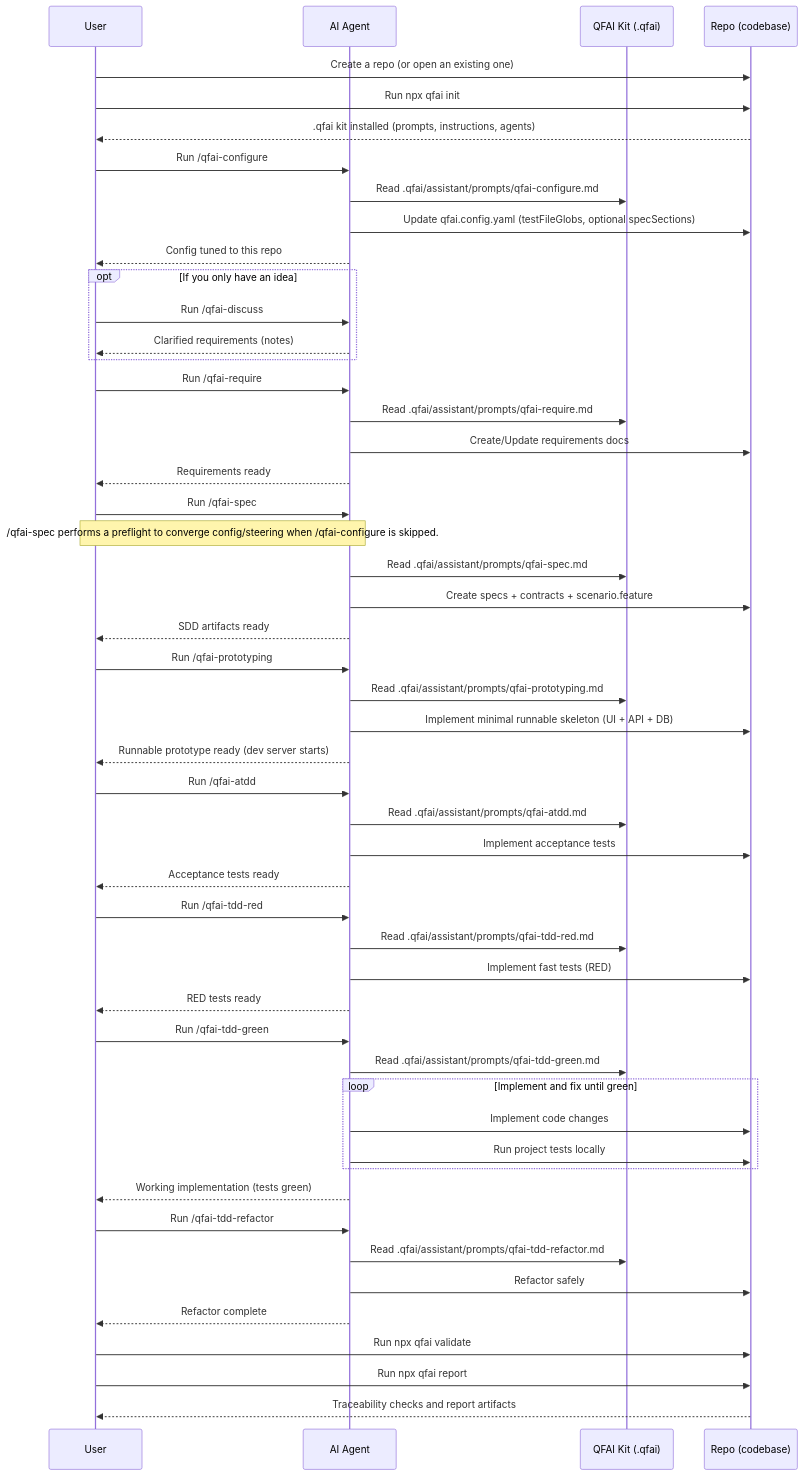
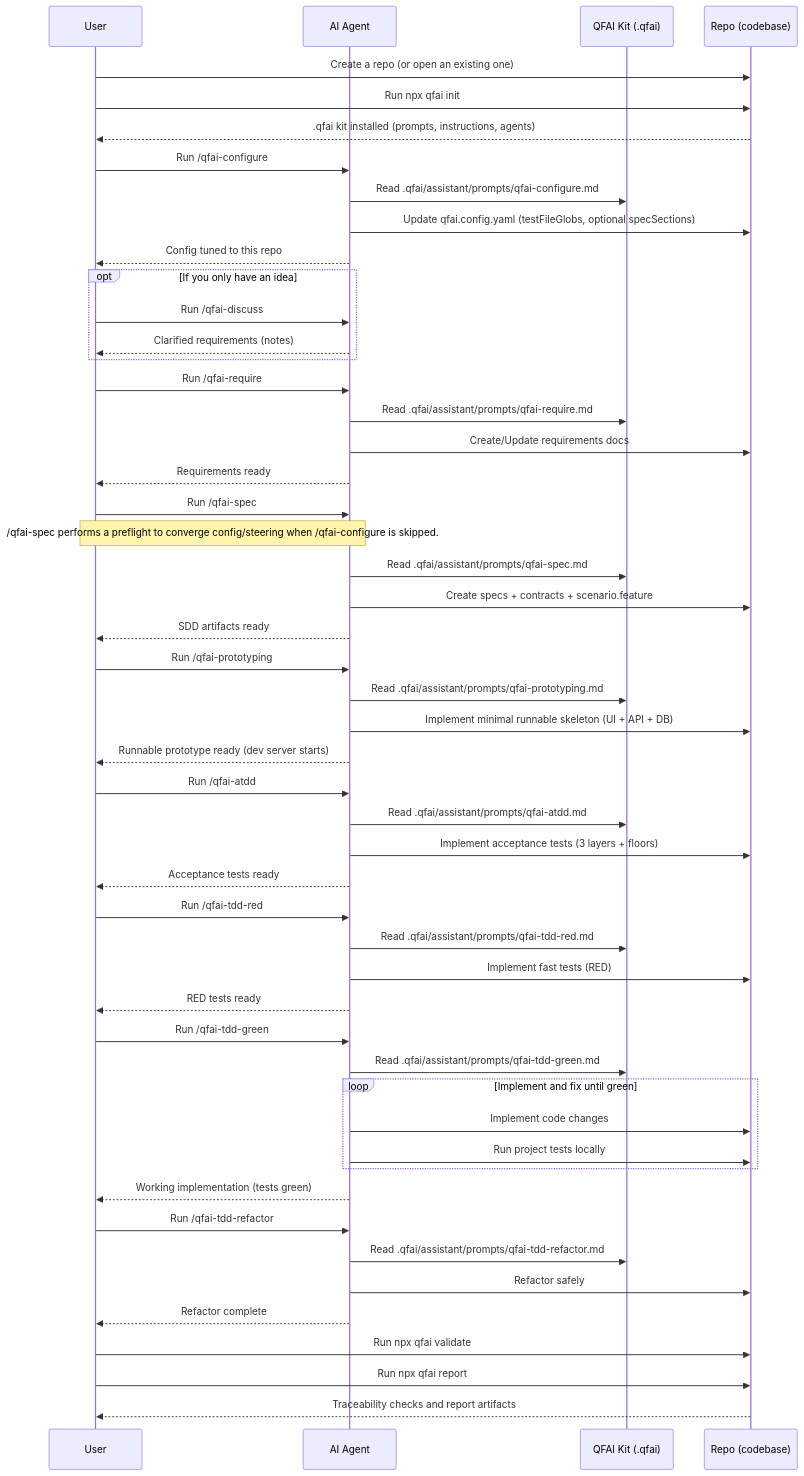
One commit to aganesy/QFAI changed the diagram in packages/qfai/README.md. Above: the diagram before and after it, drawn with Mermaid. The commit also changed other lines of this file and 31 other files, not shown here.

````diff
--- a/packages/qfai/README.md
+++ b/packages/qfai/README.md
@@ -76,64 +76,64 @@
 ```mermaid
 sequenceDiagram
 participant U as User
 participant AG as AI Agent
 participant Q as QFAI Kit (.qfai)
 participant R as Repo (codebase)
 
 U->>R: Create a repo (or open an existing one)
 U->>R: Run npx qfai init
 R-->>U: .qfai kit installed (prompts, instructions, agents)
 
 U->>AG: Run /qfai-configure
 AG->>Q: Read .qfai/assistant/prompts/qfai-configure.md
 AG->>R: Update qfai.config.yaml (testFileGlobs, optional specSections)
 AG-->>U: Config tuned to this repo
 
 opt If you only have an idea
 U->>AG: Run /qfai-discuss
 AG-->>U: Clarified requirements (notes)
 end
 
 U->>AG: Run /qfai-require
 AG->>Q: Read .qfai/assistant/prompts/qfai-require.md
 AG->>R: Create/Update requirements docs
 AG-->>U: Requirements ready
 
 U->>AG: Run /qfai-spec
 Note over U,AG: /qfai-spec performs a preflight to converge config/steering when /qfai-configure is skipped.
 AG->>Q: Read .qfai/assistant/prompts/qfai-spec.md
 AG->>R: Create specs + contracts + scenario.feature
 AG-->>U: SDD artifacts ready
 
 U->>AG: Run /qfai-prototyping
 AG->>Q: Read .qfai/assistant/prompts/qfai-prototyping.md
 AG->>R: Implement minimal runnable skeleton (UI + API + DB)
 AG-->>U: Runnable prototype ready (dev server starts)
 
 U->>AG: Run /qfai-atdd
 AG->>Q: Read .qfai/assistant/prompts/qfai-atdd.md
-AG->>R: Implement acceptance tests
+AG->>R: Implement acceptance tests (3 layers + floors)
 AG-->>U: Acceptance tests ready
 
 U->>AG: Run /qfai-tdd-red
 AG->>Q: Read .qfai/assistant/prompts/qfai-tdd-red.md
 AG->>R: Implement fast tests (RED)
 AG-->>U: RED tests ready
 
 U->>AG: Run /qfai-tdd-green
 AG->>Q: Read .qfai/assistant/prompts/qfai-tdd-green.md
 loop Implement and fix until green
 AG->>R: Implement code changes
 AG->>R: Run project tests locally
 end
 AG-->>U: Working implementation (tests green)
 
 U->>AG: Run /qfai-tdd-refactor
 AG->>Q: Read .qfai/assistant/prompts/qfai-tdd-refactor.md
 AG->>R: Refactor safely
 AG-->>U: Refactor complete
 
 U->>R: Run npx qfai validate
 U->>R: Run npx qfai report
 R-->>U: Traceability checks and report artifacts
 ```
````
